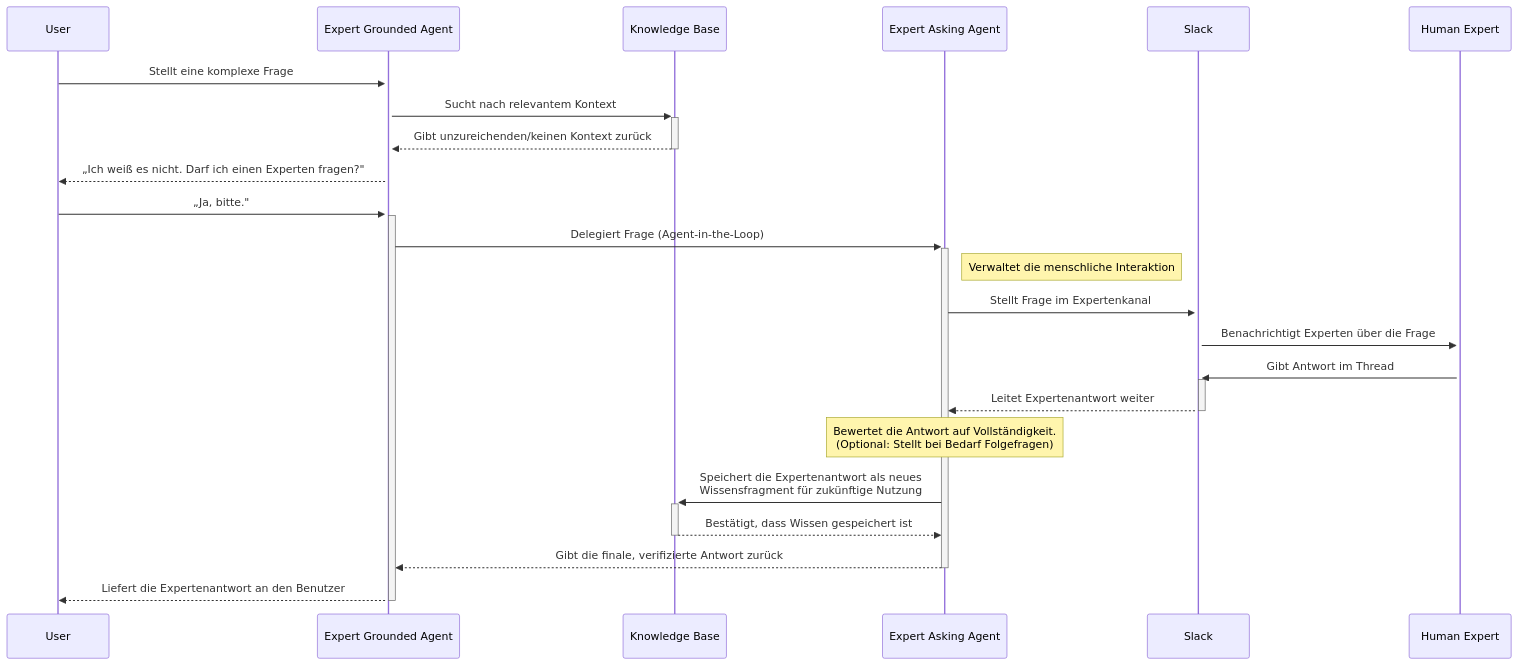
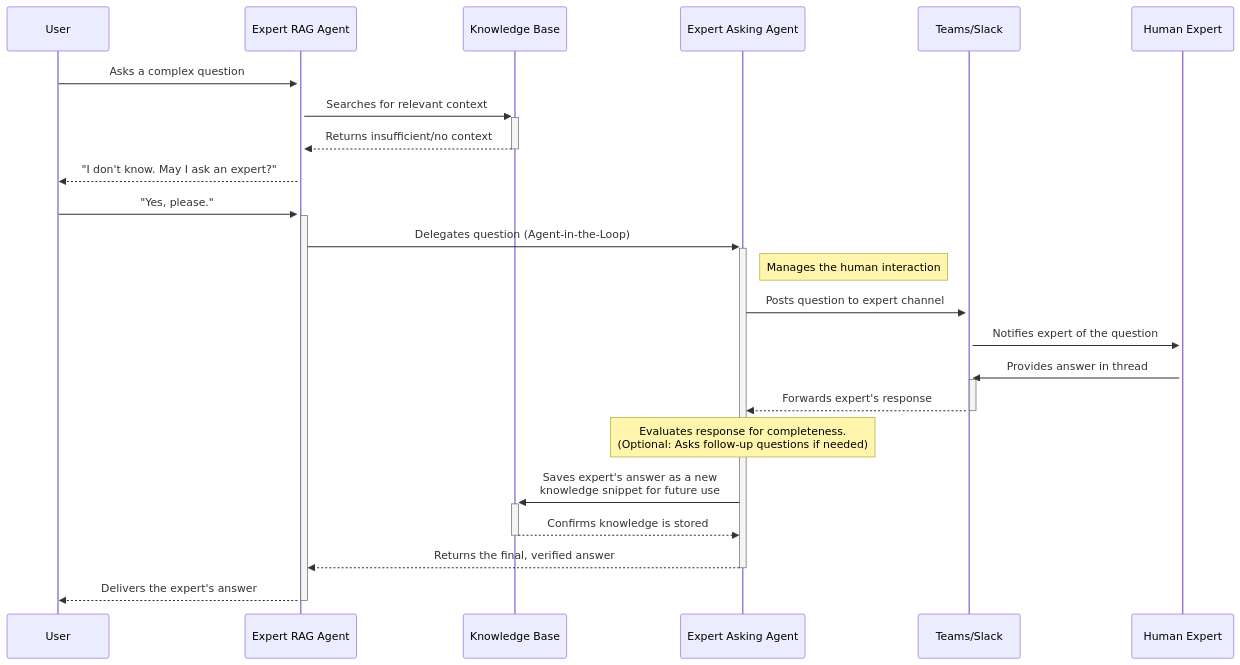
Before and after one commit to bbvch-ai/aihub-core: the diagram in aihub_doc/docs/2_platform/5_agents/3_expert_asking_agent/index.de.md, drawn with Mermaid. The commit also changed other lines of this file and 98 other files, not shown here.

````diff
--- a/aihub_doc/docs/2_platform/5_agents/3_expert_asking_agent/index.de.md
+++ b/aihub_doc/docs/2_platform/5_agents/3_expert_asking_agent/index.de.md
@@ -25,33 +25,33 @@
 ```mermaid
 sequenceDiagram
     participant User
-    participant GroundedAgent as Expert Grounded Agent
+    participant RAGAgent as Expert RAG Agent
     participant KnowledgeBase as Knowledge Base
     participant AskingAgent as Expert Asking Agent
-    participant Slack
+    participant Channel as Teams/Slack
     participant HumanExpert as Human Expert
 
-    User->>+GroundedAgent: Stellt eine komplexe Frage
-    GroundedAgent->>+KnowledgeBase: Sucht nach relevantem Kontext
-    KnowledgeBase-->>-GroundedAgent: Gibt unzureichenden/keinen Kontext zurück
-    
-    GroundedAgent-->>User: „Ich weiß es nicht. Darf ich einen Experten fragen?"
-    User->>+GroundedAgent: „Ja, bitte."
-    
-    GroundedAgent->>+AskingAgent: Delegiert Frage (Agent-in-the-Loop)
-    Note right of AskingAgent: Verwaltet die menschliche Interaktion
-    
-    AskingAgent->>+Slack: Stellt Frage im Expertenkanal
-    Slack->>+HumanExpert: Benachrichtigt Experten über die Frage
-    
-    HumanExpert->>+Slack: Gibt Antwort im Thread
-    Slack-->>-AskingAgent: Leitet Expertenantwort weiter
-    
-    Note over AskingAgent: Bewertet die Antwort auf Vollständigkeit.<br/>(Optional: Stellt bei Bedarf Folgefragen)
+    User->>+RAGAgent: Asks a complex question
+    RAGAgent->>+KnowledgeBase: Searches for relevant context
+    KnowledgeBase-->>-RAGAgent: Returns insufficient/no context
 
-    AskingAgent->>+KnowledgeBase: Speichert die Expertenantwort als neues<br/>Wissensfragment für zukünftige Nutzung
-    KnowledgeBase-->>-AskingAgent: Bestätigt, dass Wissen gespeichert ist
-    
-    AskingAgent-->>-GroundedAgent: Gibt die finale, verifizierte Antwort zurück
-    GroundedAgent-->>-User: Liefert die Expertenantwort an den Benutzer
+    RAGAgent-->>User: "I don't know. May I ask an expert?"
+    User->>+RAGAgent: "Yes, please."
+
+    RAGAgent->>+AskingAgent: Delegates question (Agent-in-the-Loop)
+    Note right of AskingAgent: Manages the human interaction
+
+    AskingAgent->>+Channel: Posts question to expert channel
+    Channel->>+HumanExpert: Notifies expert of the question
+
+    HumanExpert->>+Channel: Provides answer in thread
+    Channel-->>-AskingAgent: Forwards expert's response
+
+    Note over AskingAgent: Evaluates response for completeness.<br/>(Optional: Asks follow-up questions if needed)
+
+    AskingAgent->>+KnowledgeBase: Saves expert's answer as a new<br/>knowledge snippet for future use
+    KnowledgeBase-->>-AskingAgent: Confirms knowledge is stored
+
+    AskingAgent-->>-RAGAgent: Returns the final, verified answer
+    RAGAgent-->>-User: Delivers the expert's answer
 ```
````
